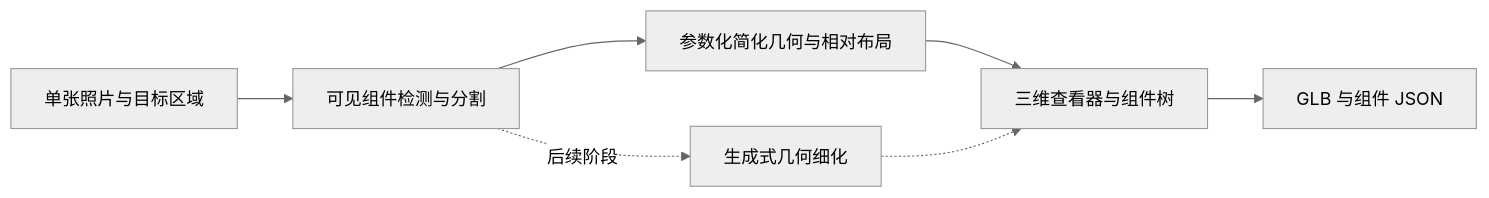
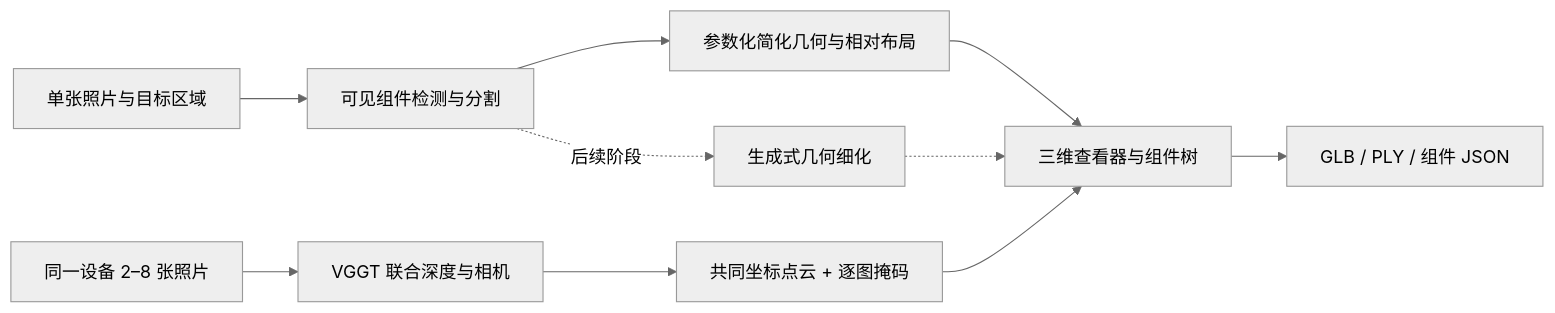
Before and after one commit to HenryVarro666/2Dto3D: the diagram in README.md, drawn with Mermaid (neutral theme). The commit also changed other lines of this file and 29 other files, not shown here.

````diff
--- a/README.md
+++ b/README.md
@@ -62,9 +80,12 @@
 ```mermaid
 flowchart LR
     A[单张照片与目标区域] --> B[可见组件检测与分割]
     B --> C[参数化简化几何与相对布局]
     C --> D[三维查看器与组件树]
+    M[同一设备 2–8 张照片] --> G[VGGT 联合深度与相机]
+    G --> P[共同坐标点云 + 逐图掩码]
+    P --> D
     B -. 后续阶段 .-> E[生成式几何细化]
     E -.-> D
-    D --> F[GLB 与组件 JSON]
+    D --> F[GLB / PLY / 组件 JSON]
 ```
````
